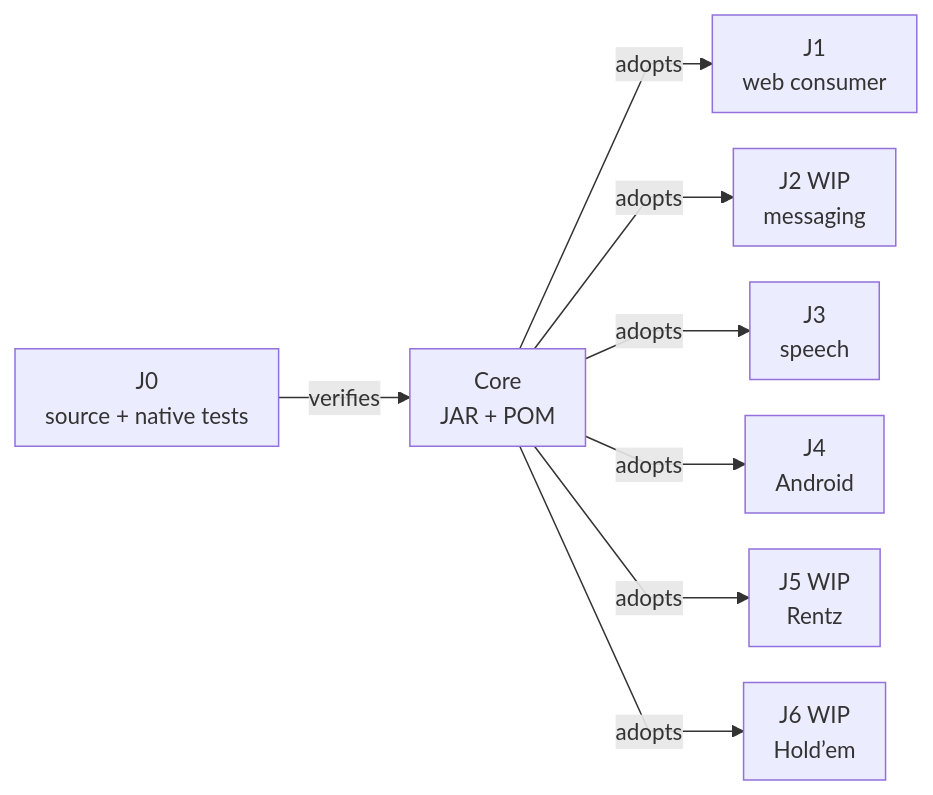
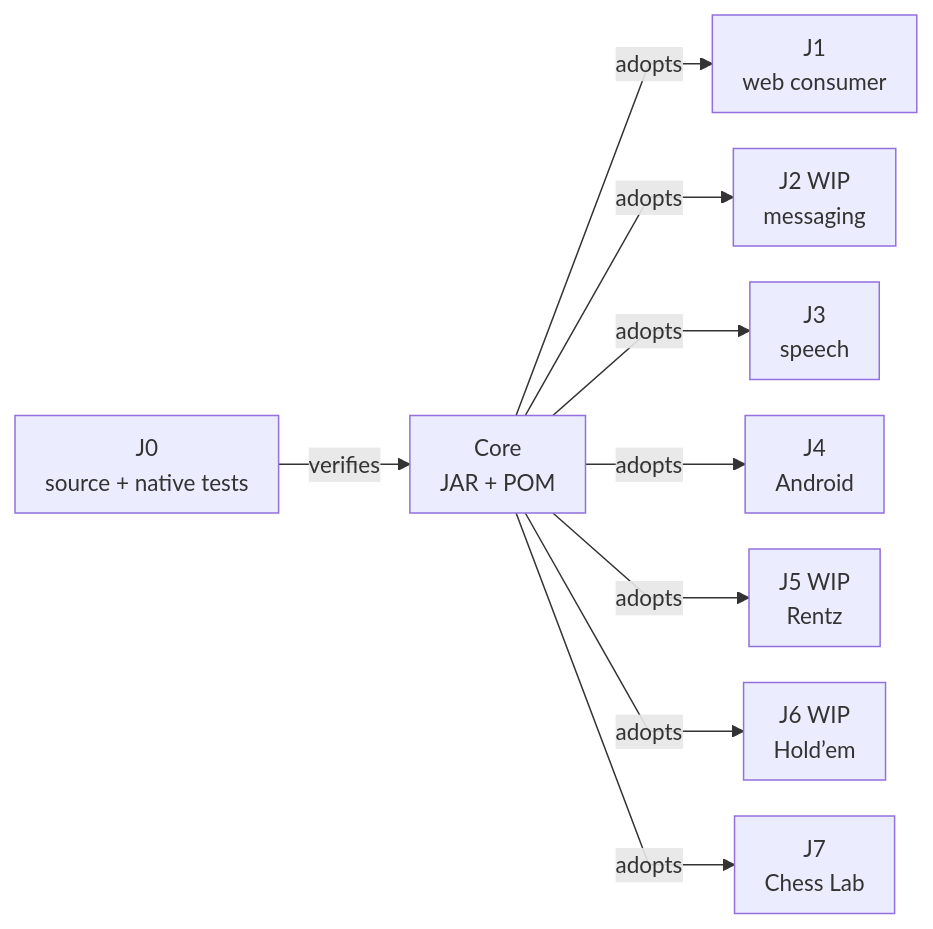
Before and after one commit to crististefanita/atf_j0: the diagram in docs/ATF_Core_Consumer.md, drawn with Mermaid. The commit also changed 28 other files, not shown here.

````diff
--- a/docs/ATF_Core_Consumer.md
+++ b/docs/ATF_Core_Consumer.md
@@ -49,11 +49,12 @@
 ```mermaid
 %%{init: {"themeVariables":{"fontSize":"15px"},"themeCSS":".nodeLabel, .nodeLabel p { font-size: 15px !important; line-height: 1.35 !important; } .edgeLabel, .edgeLabel p { font-size: 12px !important; font-weight: 400 !important; line-height: 1.2 !important; } .edgeLabel .labelBkg, .edgeLabel p { background: transparent !important; } .edgeLabel foreignObject { transform: translateY(-18px); overflow: visible; } .node rect { rx: 6px; ry: 6px; }","flowchart":{"curve":"linear","nodeSpacing":24,"rankSpacing":40,"padding":10,"diagramPadding":16}}}%%
 flowchart LR
     Owner["J0<br/>source + native tests"] -->|verifies| Binary["Core<br/>JAR + POM"]
     Binary -->|adopts| J1["J1<br/>web consumer"]
     Binary -->|adopts| J2["J2 WIP<br/>messaging"]
     Binary -->|adopts| J3["J3<br/>speech"]
     Binary -->|adopts| J4["J4<br/>Android"]
     Binary -->|adopts| J5["J5 WIP<br/>Rentz"]
     Binary -->|adopts| J6["J6 WIP<br/>Hold’em"]
+    Binary -->|adopts| J7["J7<br/>Chess Lab"]
 ```
````
